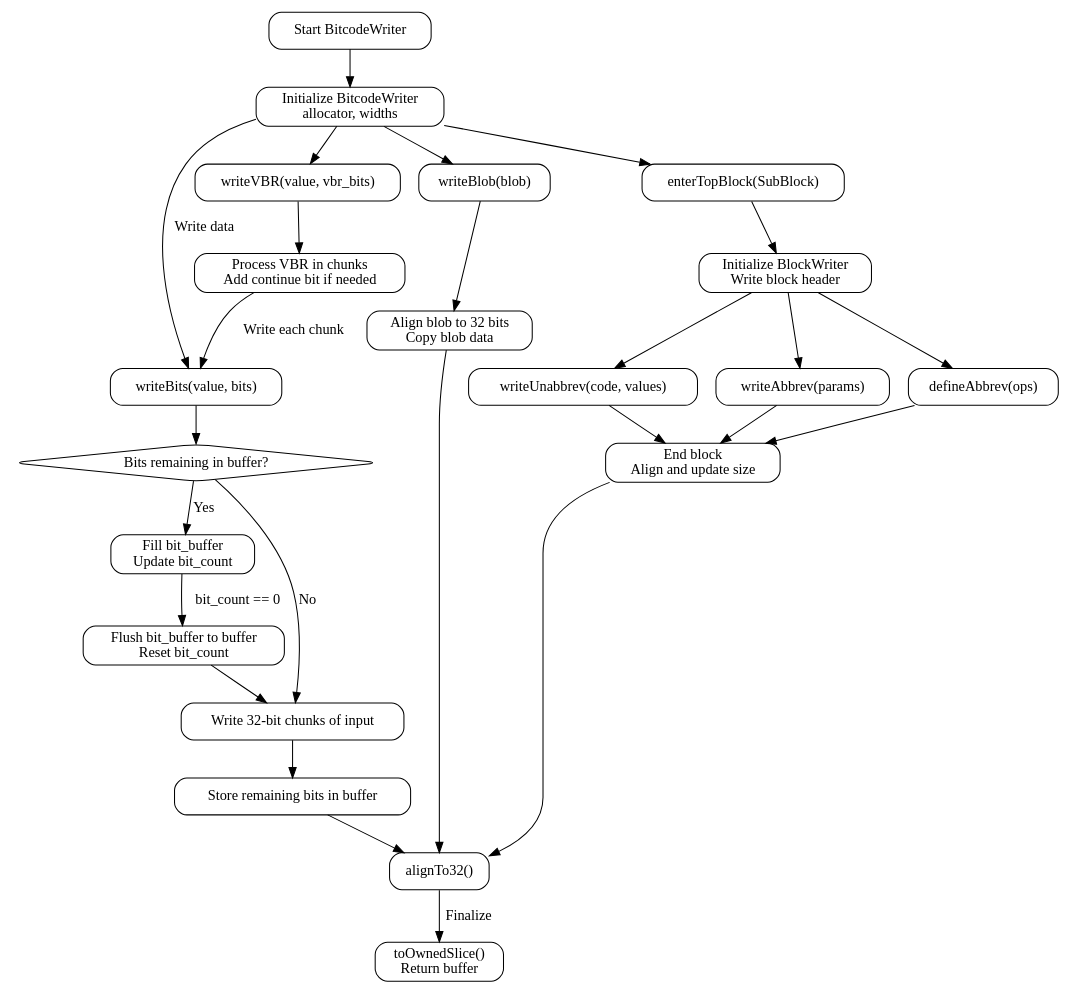
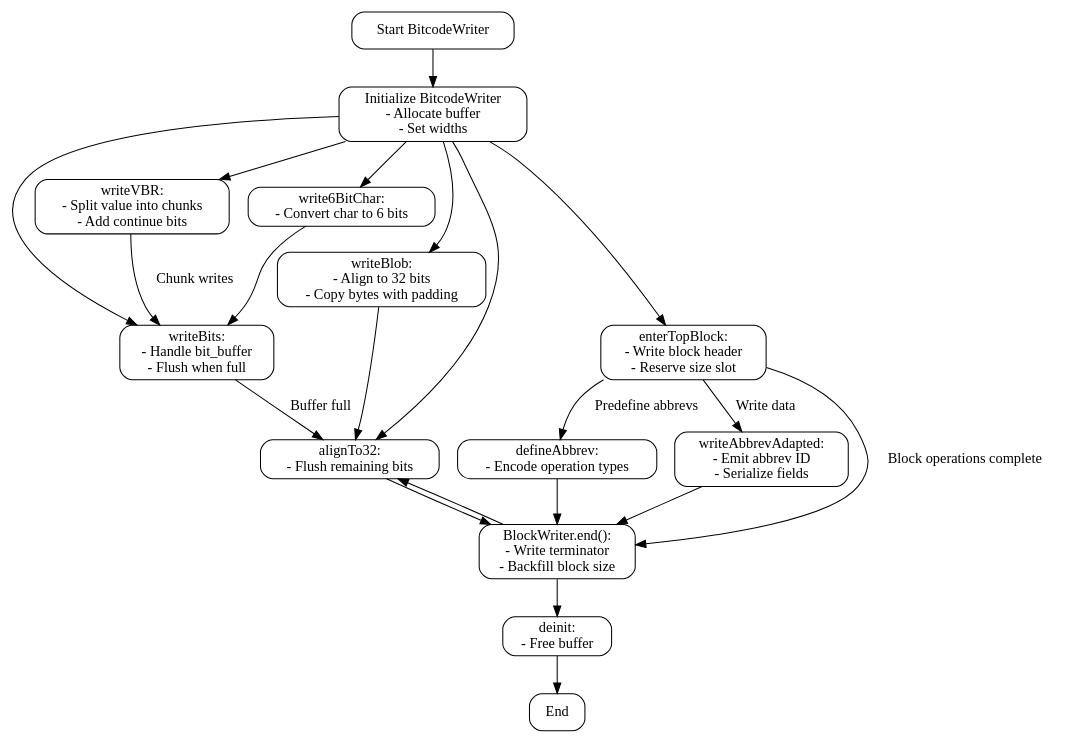
Before and after one commit to sdzx-1/deepseek-zig-reader: the diagram in dot_std/zig/llvm/bitcode_writer.zig.BitcodeWriter.md, drawn with Graphviz. The commit also changed other lines of this file and 236 other files, not shown here.

````diff
--- a/dot_std/zig/llvm/bitcode_writer.zig.BitcodeWriter.md
+++ b/dot_std/zig/llvm/bitcode_writer.zig.BitcodeWriter.md
@@ -26,58 +24,42 @@
 ```dot
-digraph BitcodeWriterFlowchart {
-    rankdir=TB;
-    node [shape=rectangle, style=rounded];
+digraph BitcodeWriter {
+    rankdir="TB";
+    node [shape=rectangle, style="rounded"];
 
     start [label="Start BitcodeWriter"];
-    init [label="Initialize BitcodeWriter\nallocator, widths"];
-    write_bits [label="writeBits(value, bits)"];
-    check_bits_remaining [label="Bits remaining in buffer?", shape=diamond];
-    fill_buffer [label="Fill bit_buffer\nUpdate bit_count"];
-    flush_buffer [label="Flush bit_buffer to buffer\nReset bit_count"];
-    write_chunks [label="Write 32-bit chunks of input"];
-    store_remaining [label="Store remaining bits in buffer"];
-    write_vbr [label="writeVBR(value, vbr_bits)"];
-    process_vbr [label="Process VBR in chunks\nAdd continue bit if needed"];
-    write_blob [label="writeBlob(blob)"];
-    align_blob [label="Align blob to 32 bits\nCopy blob data"];
-    enter_block [label="enterTopBlock(SubBlock)"];
-    block_init [label="Initialize BlockWriter\nWrite block header"];
-    write_unabbrev [label="writeUnabbrev(code, values)"];
-    write_abbrev [label="writeAbbrev(params)"];
-    define_abbrev [label="defineAbbrev(ops)"];
-    end_block [label="End block\nAlign and update size"];
-    align_to_32 [label="alignTo32()"];
-    to_owned_slice [label="toOwnedSlice()\nReturn buffer"];
+    init [label="Initialize BitcodeWriter\n- Allocate buffer\n- Set widths"];
+    write_bits [label="writeBits:\n- Handle bit_buffer\n- Flush when full"];
+    write_vbr [label="writeVBR:\n- Split value into chunks\n- Add continue bits"];
+    write_char6 [label="write6BitChar:\n- Convert char to 6 bits"];
+    write_blob [label="writeBlob:\n- Align to 32 bits\n- Copy bytes with padding"];
+    align_32 [label="alignTo32:\n- Flush remaining bits"];
+    enter_block [label="enterTopBlock:\n- Write block header\n- Reserve size slot"];
+    define_abbrev [label="defineAbbrev:\n- Encode operation types"];
+    write_abbrev [label="writeAbbrevAdapted:\n- Emit abbrev ID\n- Serialize fields"];
+    end_block [label="BlockWriter.end():\n- Write terminator\n- Backfill block size"];
+    deinit [label="deinit:\n- Free buffer"];
+    end [label="End"];
 
     start -> init;
-    init -> write_bits [label="Write data"];
+    init -> write_bits;
     init -> write_vbr;
+    init -> write_char6;
     init -> write_blob;
+    init -> align_32;
     init -> enter_block;
 
-    write_bits -> check_bits_remaining;
-    check_bits_remaining -> fill_buffer [label="Yes"];
-    check_bits_remaining -> write_chunks [label="No"];
-    fill_buffer -> flush_buffer [label="bit_count == 0"];
-    flush_buffer -> write_chunks;
-    write_chunks -> store_remaining;
-    store_remaining -> align_to_32;
-
-    write_vbr -> process_vbr;
-    process_vbr -> write_bits [label="Write each chunk"];
-
-    write_blob -> align_blob;
-    align_blob -> align_to_32;
-
-    enter_block -> block_init;
-    block_init -> write_unabbrev;
-    block_init -> write_abbrev;
-    block_init -> define_abbrev;
-    write_unabbrev -> end_block;
+    write_bits -> align_32 [label="Buffer full"];
+    write_vbr -> write_bits [label="Chunk writes"];
+    enter_block -> define_abbrev [label="Predefine abbrevs"];
+    enter_block -> write_abbrev [label="Write data"];
     write_abbrev -> end_block;
     define_abbrev -> end_block;
-    end_block -> align_to_32;
-
-    align_to_32 -> to_owned_slice [label="Finalize"];
+    end_block -> align_32;
+    align_32 -> end_block;
+    enter_block -> end_block [label="Block operations complete"];
+    end_block -> deinit;
+    write_blob -> align_32;
+    write_char6 -> write_bits;
+    deinit -> end;
 }
 ```
````
